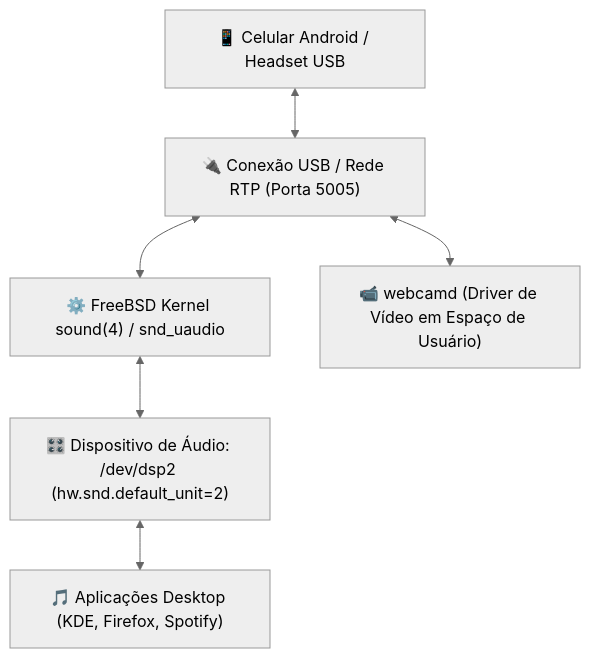
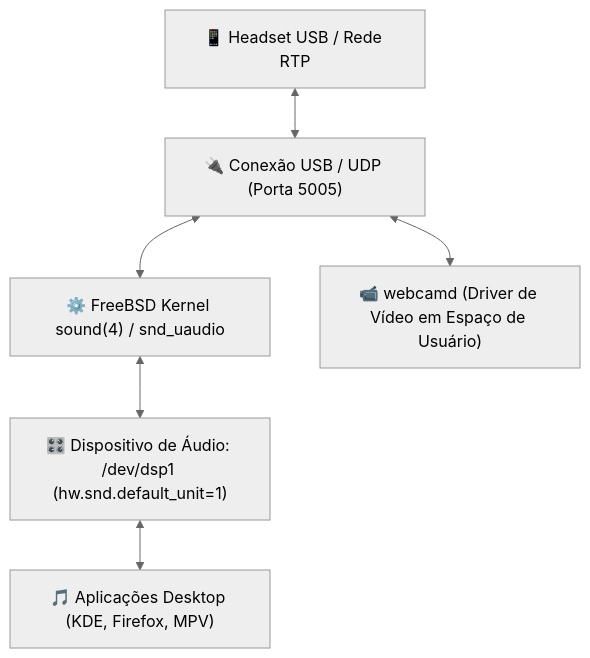
One commit to GabrielFrigo4/environment changed the diagram in docs/freebsd/06-dispositivos-e-audio.md. Above: the diagram before and after it, drawn with Mermaid (neutral theme). The commit also changed other lines of this file and 29 other files, not shown here.

````diff
--- a/docs/freebsd/06-dispositivos-e-audio.md
+++ b/docs/freebsd/06-dispositivos-e-audio.md
@@ -13,15 +13,15 @@
 ```mermaid
 flowchart TD
-    DEV["📱 Celular Android / Headset USB"]
-    USB["🔌 Conexão USB / Rede RTP (Porta 5005)"]
+    DEV["📱 Headset USB / Rede RTP"]
+    USB["🔌 Conexão USB / UDP (Porta 5005)"]
     KND["⚙️ FreeBSD Kernel sound(4) / snd_uaudio"]
-    PCM["🎛️ Dispositivo de Áudio: /dev/dsp2 (hw.snd.default_unit=2)"]
-    APP["🎵 Aplicações Desktop (KDE, Firefox, Spotify)"]
+    PCM["🎛️ Dispositivo de Áudio: /dev/dsp1 (hw.snd.default_unit=1)"]
+    APP["🎵 Aplicações Desktop (KDE, Firefox, MPV)"]
     WCD["📹 webcamd (Driver de Vídeo em Espaço de Usuário)"]
 
     DEV <--> USB
     USB <--> KND
     KND <--> PCM
     PCM <--> APP
     USB <--> WCD
 ```
````
